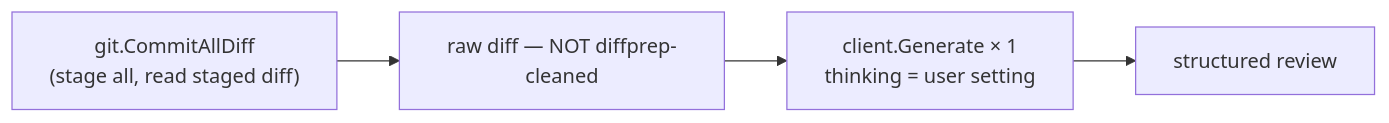
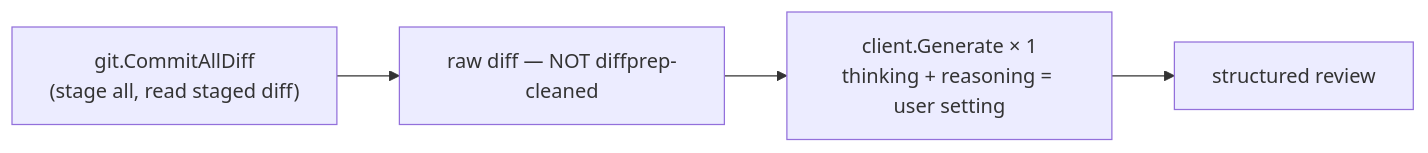
Before and after one commit to parth-nformis/gitai: the diagram in docs/code-review.md, drawn with Mermaid. The commit also changed 18 other files, not shown here.

````diff
--- a/docs/code-review.md
+++ b/docs/code-review.md
@@ -9,6 +9,6 @@
 ```mermaid
 flowchart LR
     A["git.CommitAllDiff<br/>(stage all, read staged diff)"] --> B["raw diff — NOT diffprep-cleaned"]
-    B --> C["client.Generate × 1<br/>thinking = user setting"]
+    B --> C["client.Generate × 1<br/>thinking + reasoning = user setting"]
     C --> D["structured review"]
 ```
````
